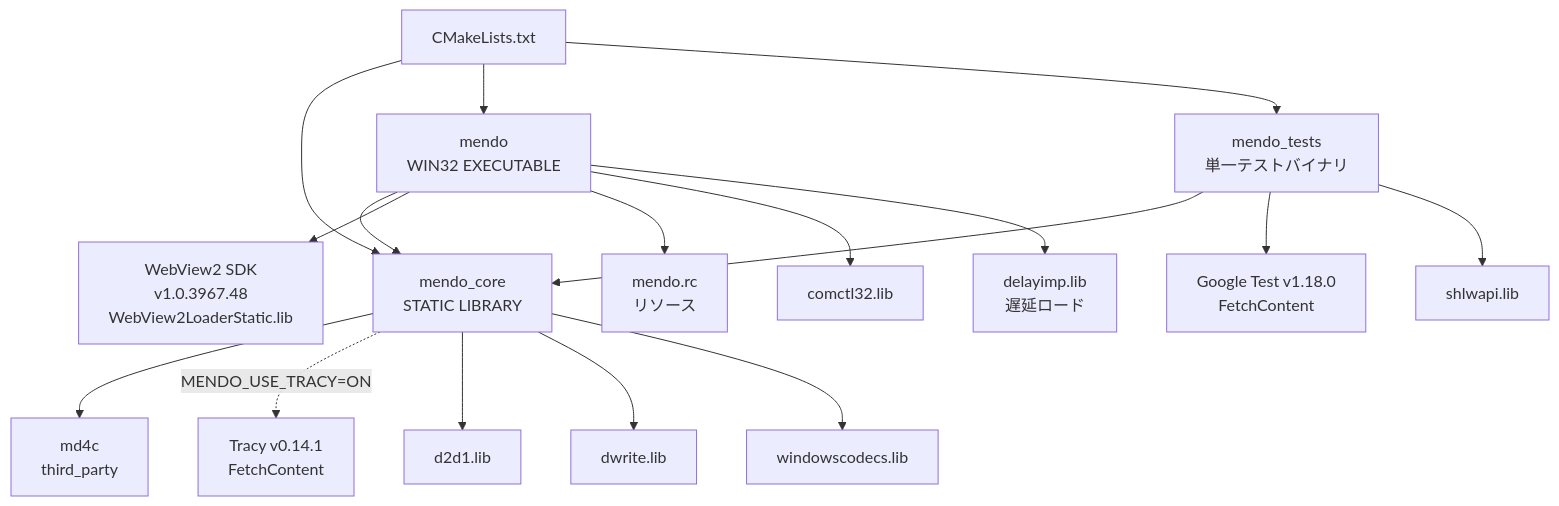
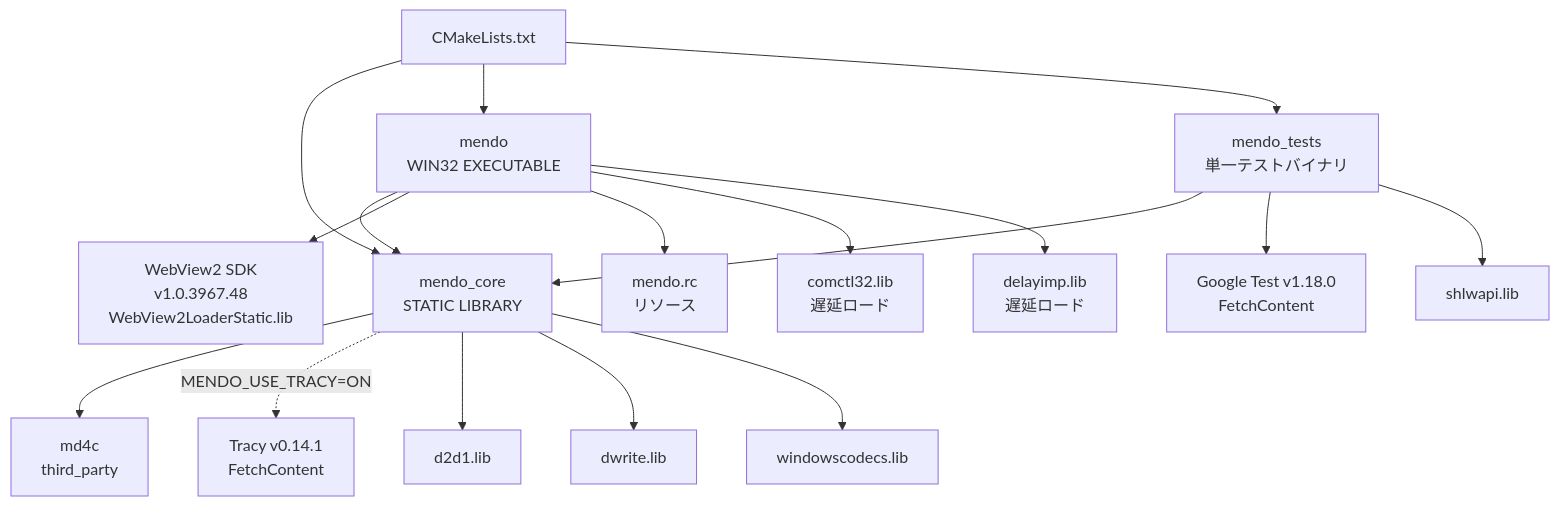
One commit to tanaton/mendo changed diagram 20 of 27 in example/test.md. Above: the diagram before and after it, drawn with Mermaid. The commit also changed other lines of this file and 44 other files, not shown here.

First line of the commit message:
時間で区切る仕事を空き時間で進め、図・表・レイアウト解放の無駄を減らす性能改善

````diff
--- a/example/test.md
+++ b/example/test.md
@@ -3222,21 +3222,21 @@
 ```mermaid
 graph TD
     ROOT[CMakeLists.txt] --> CORE[mendo_core<br>STATIC LIBRARY]
     ROOT --> EXE[mendo<br>WIN32 EXECUTABLE]
     ROOT --> TEST[mendo_tests<br>単一テストバイナリ]
 
     CORE --> MD4C[md4c<br>third_party]
     CORE -.->|MENDO_USE_TRACY=ON| TRACY[Tracy v0.14.1<br>FetchContent]
     EXE --> CORE
     EXE --> WV2[WebView2 SDK<br>v1.0.3967.48<br>WebView2LoaderStatic.lib]
     EXE --> RC[mendo.rc<br>リソース]
     TEST --> CORE
     TEST --> GTEST[Google Test v1.18.0<br>FetchContent]
     TEST --> SHLWAPI[shlwapi.lib]
 
     CORE --> D2D1[d2d1.lib]
     CORE --> DWRITE[dwrite.lib]
     CORE --> WIC_LIB[windowscodecs.lib]
-    EXE --> COMCTL[comctl32.lib]
+    EXE --> COMCTL[comctl32.lib<br>遅延ロード]
     EXE --> DELAY[delayimp.lib<br>遅延ロード]
 ```
````
